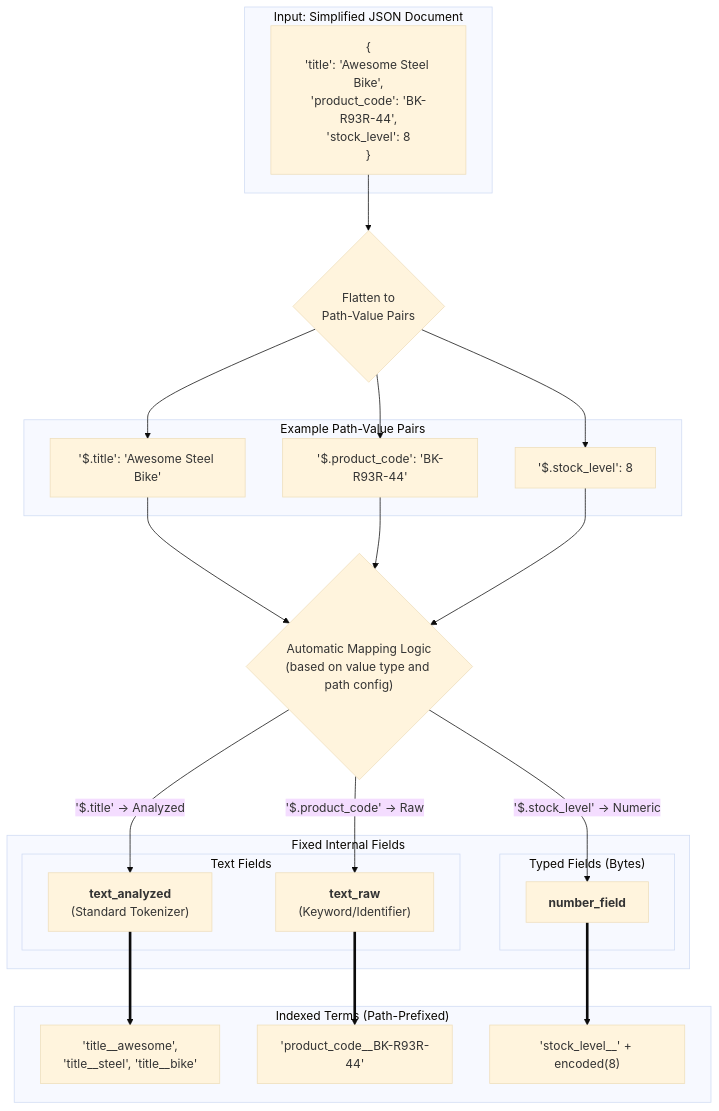
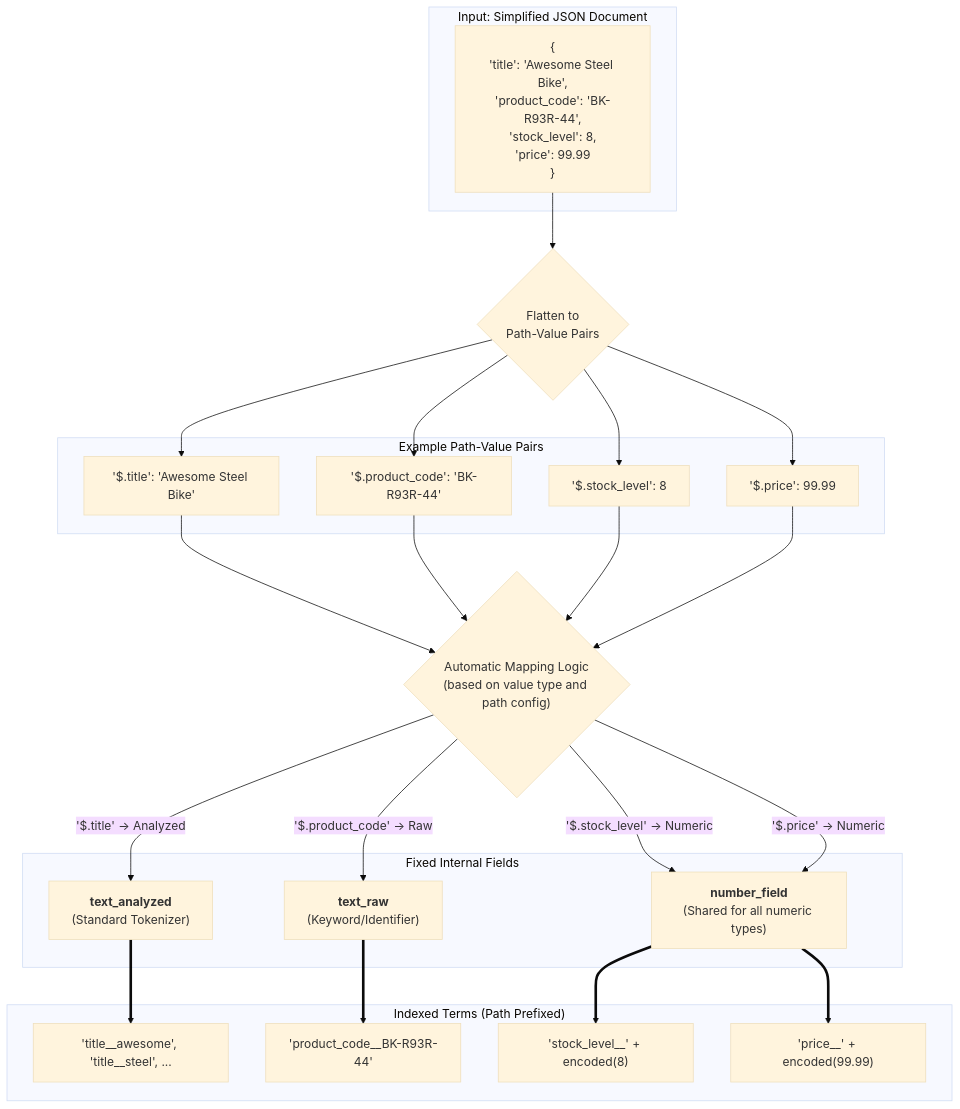
One commit to kolafish/tantivy changed the first of 3 diagrams in TiCI_JSON_Support_Proposal.md. Above: the diagram before and after it, drawn with Mermaid (base theme). The commit also changed other lines of this file, not shown here.

````diff
--- a/TiCI_JSON_Support_Proposal.md
+++ b/TiCI_JSON_Support_Proposal.md
@@ -137,39 +140,39 @@
 ```mermaid
 graph TD
     subgraph "Input: Simplified JSON Document"
-        A["{<br/>'title': 'Awesome Steel Bike',<br/>'product_code': 'BK-R93R-44',<br/>'stock_level': 8<br/>}"]
+        A["{<br/>'title': 'Awesome Steel Bike',<br/>'product_code': 'BK-R93R-44',<br/>'stock_level': 8,<br/>'price': 99.99<br/>}"]
     end
 
     A --> B{"Flatten to<br/>Path-Value Pairs"};
 
     subgraph "Example Path-Value Pairs"
         C["'$.title': 'Awesome Steel Bike'"]
         D["'$.product_code': 'BK-R93R-44'"]
         E["'$.stock_level': 8"]
+        F["'$.price': 99.99"]
     end
-    B --> C & D & E
+    B --> C & D & E & F
 
     C --> H{"Automatic Mapping Logic<br/>(based on value type and path config)"};
     D --> H;
     E --> H;
+    F --> H;
 
     subgraph "Fixed Internal Fields"
-        subgraph "Text Fields"
-            I["<b>text_analyzed</b><br>(Standard Tokenizer)"]
-            J["<b>text_raw</b><br>(Keyword/Identifier)"]
-        end
-        subgraph "Typed Fields (Bytes)"
-            L["<b>number_field</b>"]
-        end
+        I["<b>text_analyzed</b><br>(Standard Tokenizer)"]
+        J["<b>text_raw</b><br>(Keyword/Identifier)"]
+        L["<b>number_field</b><br>(Shared for all numeric types)"]
     end
     
     H -- "'$.title' -> Analyzed" --> I
     H -- "'$.product_code' -> Raw" --> J
     H -- "'$.stock_level' -> Numeric" --> L
+    H -- "'$.price' -> Numeric" --> L
 
-    subgraph "Indexed Terms (Path-Prefixed)"
-        I ==> P["'title__awesome',<br/>'title__steel', 'title__bike'"]
+    subgraph "Indexed Terms (Path Prefixed)"
+        I ==> P["'title__awesome', 'title__steel', ..."]
         J ==> Q["'product_code__BK-R93R-44'"]
         L ==> R["'stock_level__' + encoded(8)"]
+        L ==> S["'price__' + encoded(99.99)"]
     end
 ```
````
